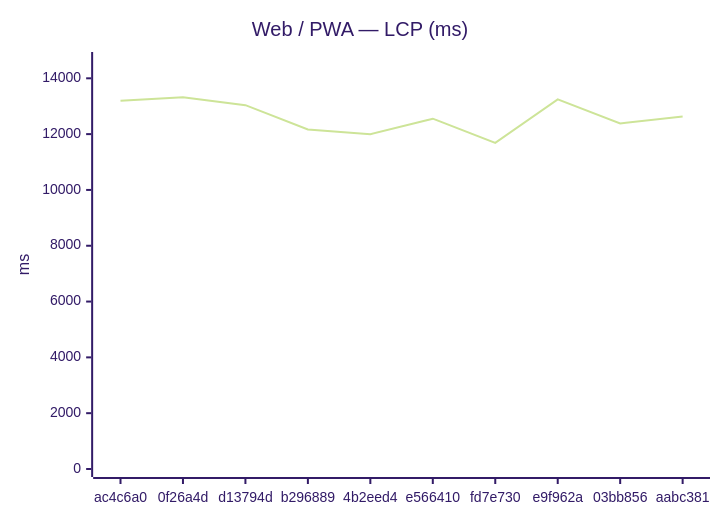
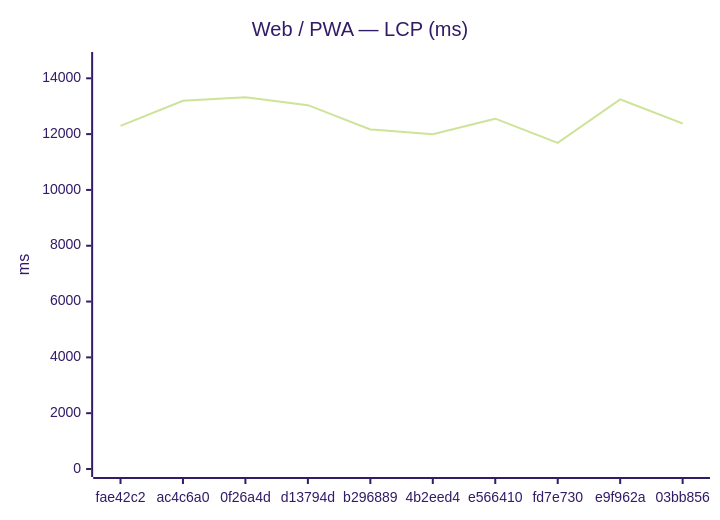
Before and after one commit to Metaheurist/Rianell: the first of 18 diagrams in benchmarks/compare.md, drawn with Mermaid (forest theme). The commit also changed other lines of this file and 11 other files, not shown here.

````diff
--- a/benchmarks/compare.md
+++ b/benchmarks/compare.md
@@ -24,7 +24,7 @@
 ```mermaid
 xychart-beta
     title "Web / PWA — LCP (ms)"
-    x-axis ["ac4c6a0", "0f26a4d", "d13794d", "b296889", "4b2eed4", "e566410", "fd7e730", "e9f962a", "03bb856", "aabc381"]
+    x-axis ["fae42c2", "ac4c6a0", "0f26a4d", "d13794d", "b296889", "4b2eed4", "e566410", "fd7e730", "e9f962a", "03bb856"]
     y-axis "ms" 0 --> 14656
-    line [13197, 13323, 13038, 12168, 11999, 12553, 11687, 13245, 12382, 12632]
+    line [12295, 13197, 13323, 13038, 12168, 11999, 12553, 11687, 13245, 12382]
 ```
````
